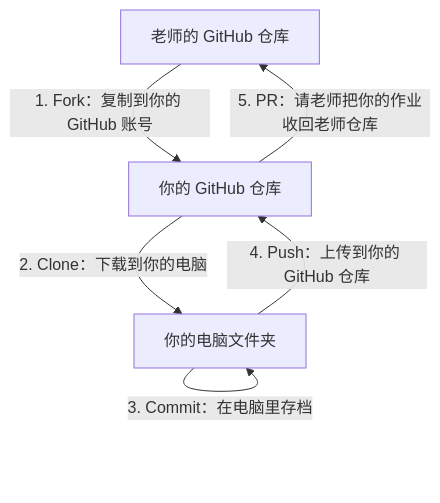
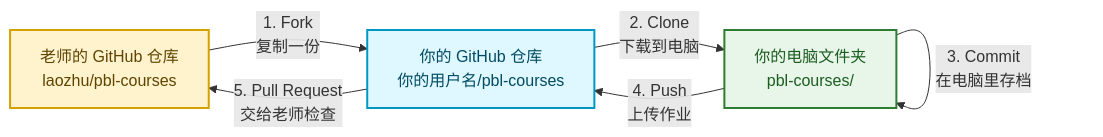
The diagram in tasks/01-learn-git/README.md (laozhu/pbl-courses), drawn with Mermaid before and after one commit.

Commit message:
美化 Git 工作流 Mermaid 图

````diff
--- a/tasks/01-learn-git/README.md
+++ b/tasks/01-learn-git/README.md
@@ -34,12 +34,20 @@
 ```mermaid
-flowchart TD
-    teacher["老师的 GitHub 仓库"]
-    student["你的 GitHub 仓库"]
-    computer["你的电脑文件夹"]
+flowchart LR
+    teacher["老师的 GitHub 仓库<br/>laozhu/pbl-courses"]
+    student["你的 GitHub 仓库<br/>你的用户名/pbl-courses"]
+    computer["你的电脑文件夹<br/>pbl-courses/"]
 
-    teacher -->|"1. Fork：复制到你的 GitHub 账号"| student
-    student -->|"2. Clone：下载到你的电脑"| computer
-    computer -->|"3. Commit：在电脑里存档"| computer
-    computer -->|"4. Push：上传到你的 GitHub 仓库"| student
-    student -->|"5. PR：请老师把你的作业收回老师仓库"| teacher
+    teacher -->|"1. Fork<br/>复制一份"| student
+    student -->|"2. Clone<br/>下载到电脑"| computer
+    computer -->|"3. Commit<br/>在电脑里存档"| computer
+    computer -->|"4. Push<br/>上传作业"| student
+    student -->|"5. Pull Request<br/>交给老师检查"| teacher
+
+    classDef teacherBox fill:#fff3cd,stroke:#d6a100,stroke-width:2px,color:#5f4300;
+    classDef studentBox fill:#dff7ff,stroke:#0096c7,stroke-width:2px,color:#004b63;
+    classDef computerBox fill:#e8f5e9,stroke:#2e7d32,stroke-width:2px,color:#1b5e20;
+
+    class teacher teacherBox;
+    class student studentBox;
+    class computer computerBox;
 ```
````
